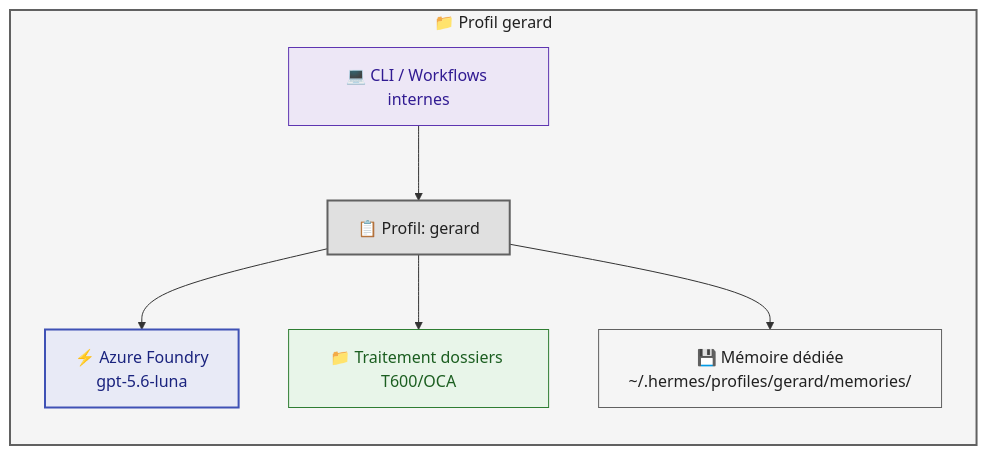
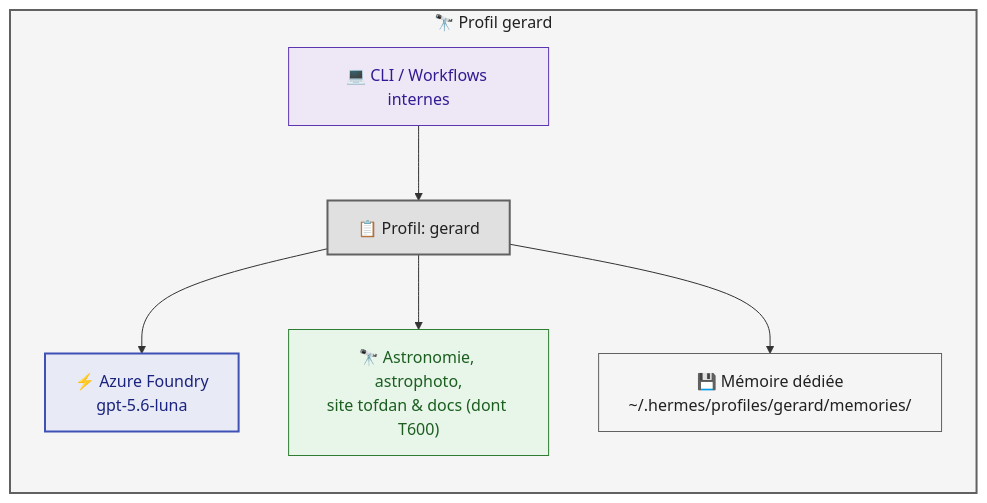
Before and after one commit to christophedanhier-hash/hermes-wiki: the seventh of 9 diagrams in docs/hermes/architecture-communication.md, drawn with Mermaid. The commit also changed other lines of this file and 29 other files, not shown here.

````diff
--- a/docs/hermes/architecture-communication.md
+++ b/docs/hermes/architecture-communication.md
@@ -327,23 +327,23 @@
 ```mermaid
 flowchart LR
-    subgraph PROF6["📁 Profil gerard"]
+    subgraph PROF6["🔭 Profil gerard"]
         direction TB
         P5["📋 Profil: gerard"]
         CLI5["💻 CLI / Workflows internes"]
         M5["⚡ Azure Foundry<br/>gpt-5.6-luna"]
-        S5["📁 Traitement dossiers T600/OCA"]
+        S5["🔭 Astronomie, astrophoto,<br/>site tofdan & docs (dont T600)"]
         MEM5["💾 Mémoire dédiée<br/>~/.hermes/profiles/gerard/memories/"]
     end
 
     CLI5 --> P5
     P5 --> M5
     P5 --> S5
     P5 --> MEM5
 
     style PROF6 fill:#f5f5f5,stroke:#616161,stroke-width:2px,color:#212121
     style P5 fill:#e0e0e0,stroke:#616161,stroke-width:2px,color:#212121
     style CLI5 fill:#ede7f6,stroke:#5e35b1,stroke-width:1px,color:#311b92
     style M5 fill:#e8eaf6,stroke:#3f51b5,stroke-width:2px,color:#1a237e
     style S5 fill:#e8f5e9,stroke:#2e7d32,stroke-width:1px,color:#1b5e20
     style MEM5 fill:#f5f5f5,stroke:#616161,stroke-width:1px,color:#212121
 ```
````
